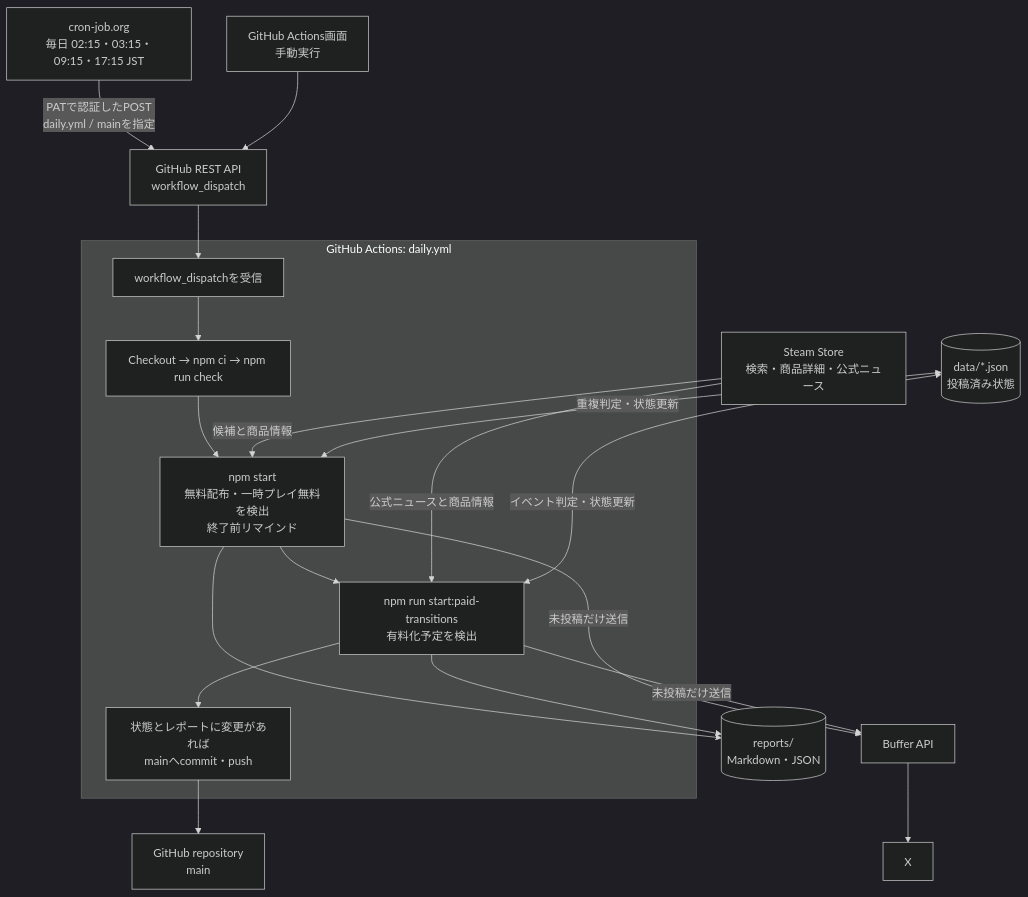
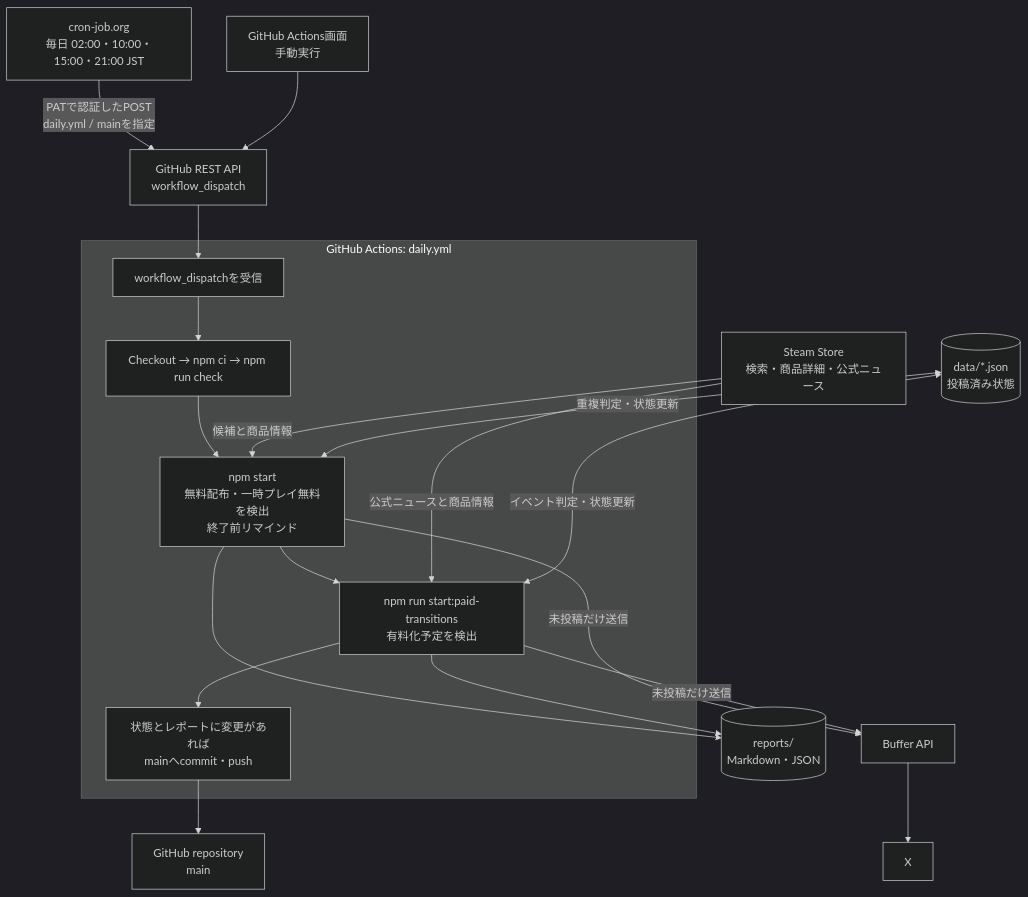
One commit to tomlle/free-to-keep-game-radar changed the diagram in README.md. Above: the diagram before and after it, drawn with Mermaid (dark theme). The commit also changed other lines of this file, not shown here.

````diff
--- a/README.md
+++ b/README.md
@@ -15,39 +15,39 @@
 ```mermaid
 flowchart TD
-    Cron["cron-job.org<br/>毎日 02:15・03:15・09:15・17:15 JST"]
+    Cron["cron-job.org<br/>毎日 02:00・10:00・15:00・21:00 JST"]
     Manual["GitHub Actions画面<br/>手動実行"]
     API["GitHub REST API<br/>workflow_dispatch"]
 
     Cron -->|"PATで認証したPOST<br/>daily.yml / mainを指定"| API
     Manual --> API
 
     subgraph Actions["GitHub Actions: daily.yml"]
         Workflow["workflow_dispatchを受信"]
         Prepare["Checkout → npm ci → npm run check"]
         Promotions["npm start<br/>無料配布・一時プレイ無料を検出<br/>終了前リマインド"]
         Paid["npm run start:paid-transitions<br/>有料化予定を検出"]
         Commit["状態とレポートに変更があれば<br/>mainへcommit・push"]
 
         Workflow --> Prepare --> Promotions --> Paid --> Commit
     end
 
     API --> Workflow
 
     Steam["Steam Store<br/>検索・商品詳細・公式ニュース"]
     State[("data/*.json<br/>投稿済み状態")]
     Reports[("reports/<br/>Markdown・JSON")]
     Buffer["Buffer API"]
     X["X"]
     Repository["GitHub repository<br/>main"]
 
     Steam -->|"候補と商品情報"| Promotions
     Steam -->|"公式ニュースと商品情報"| Paid
     State <-->|"重複判定・状態更新"| Promotions
     State <-->|"イベント判定・状態更新"| Paid
     Promotions -->|"未投稿だけ送信"| Buffer
     Paid -->|"未投稿だけ送信"| Buffer
     Buffer --> X
     Promotions --> Reports
     Paid --> Reports
     Commit --> Repository
 ```
````
